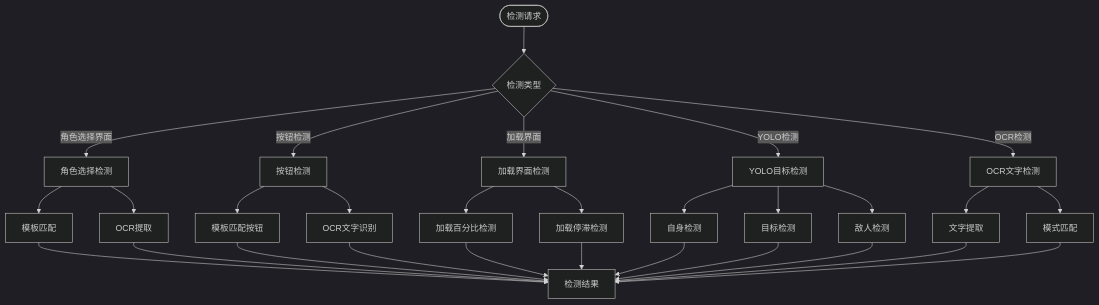
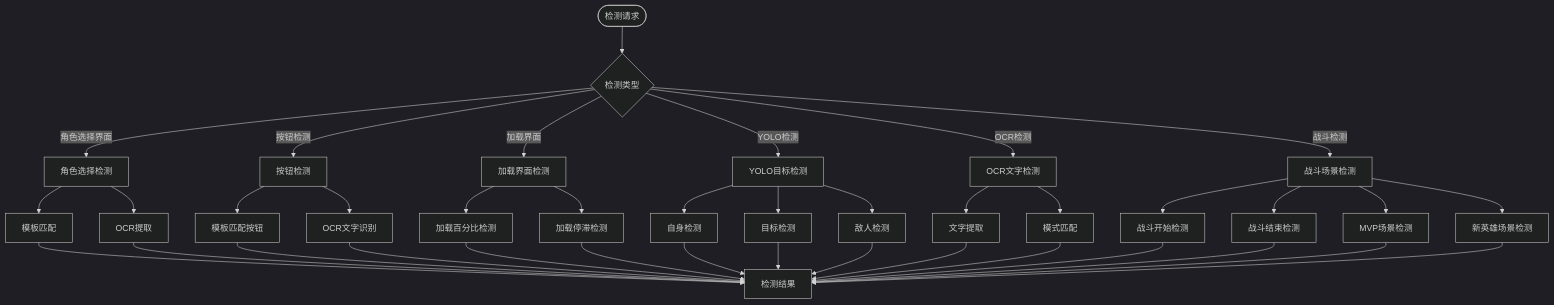
The seventh of 10 diagrams in .qoder/repowiki/zh/content/Auto Tutorial Task.md (xsy098-max/ok-jump), drawn with Mermaid (dark theme) before and after one commit. The commit also changed other lines of this file and 17 other files, not shown here.

````diff
--- a/.qoder/repowiki/zh/content/Auto Tutorial Task.md
+++ b/.qoder/repowiki/zh/content/Auto Tutorial Task.md
@@ -277,31 +362,40 @@
 ```mermaid
 flowchart TD
 Start([检测请求]) --> Type{检测类型}
 Type --> |角色选择界面| CharSelect[角色选择检测]
 Type --> |按钮检测| ButtonDetect[按钮检测]
 Type --> |加载界面| LoadingDetect[加载界面检测]
 Type --> |YOLO检测| YOLODetect[YOLO目标检测]
 Type --> |OCR检测| OCROnly[OCR文字检测]
+Type --> |战斗检测| CombatDetect[战斗场景检测]
 CharSelect --> TemplateMatch[模板匹配]
 CharSelect --> OCRExtract[OCR提取]
 ButtonDetect --> TemplateBtn[模板匹配按钮]
 ButtonDetect --> OCRBtn[OCR文字识别]
 LoadingDetect --> LoadPercent[加载百分比检测]
 LoadingDetect --> LoadStuck[加载停滞检测]
 YOLODetect --> SelfDetect[自身检测]
 YOLODetect --> TargetDetect[目标检测]
 YOLODetect --> EnemyDetect[敌人检测]
 OCROnly --> TextExtract[文字提取]
 OCROnly --> PatternMatch[模式匹配]
+CombatDetect --> FightStart[战斗开始检测]
+CombatDetect --> FightEnd[战斗结束检测]
+CombatDetect --> MVPScreen[MVP场景检测]
+CombatDetect --> NewHero[新英雄场景检测]
 TemplateMatch --> Result[检测结果]
 OCRExtract --> Result
 TemplateBtn --> Result
 OCRBtn --> Result
 LoadPercent --> Result
 LoadStuck --> Result
 SelfDetect --> Result
 TargetDetect --> Result
 EnemyDetect --> Result
 TextExtract --> Result
 PatternMatch --> Result
+FightStart --> Result
+FightEnd --> Result
+MVPScreen --> Result
+NewHero --> Result
 ```
````
